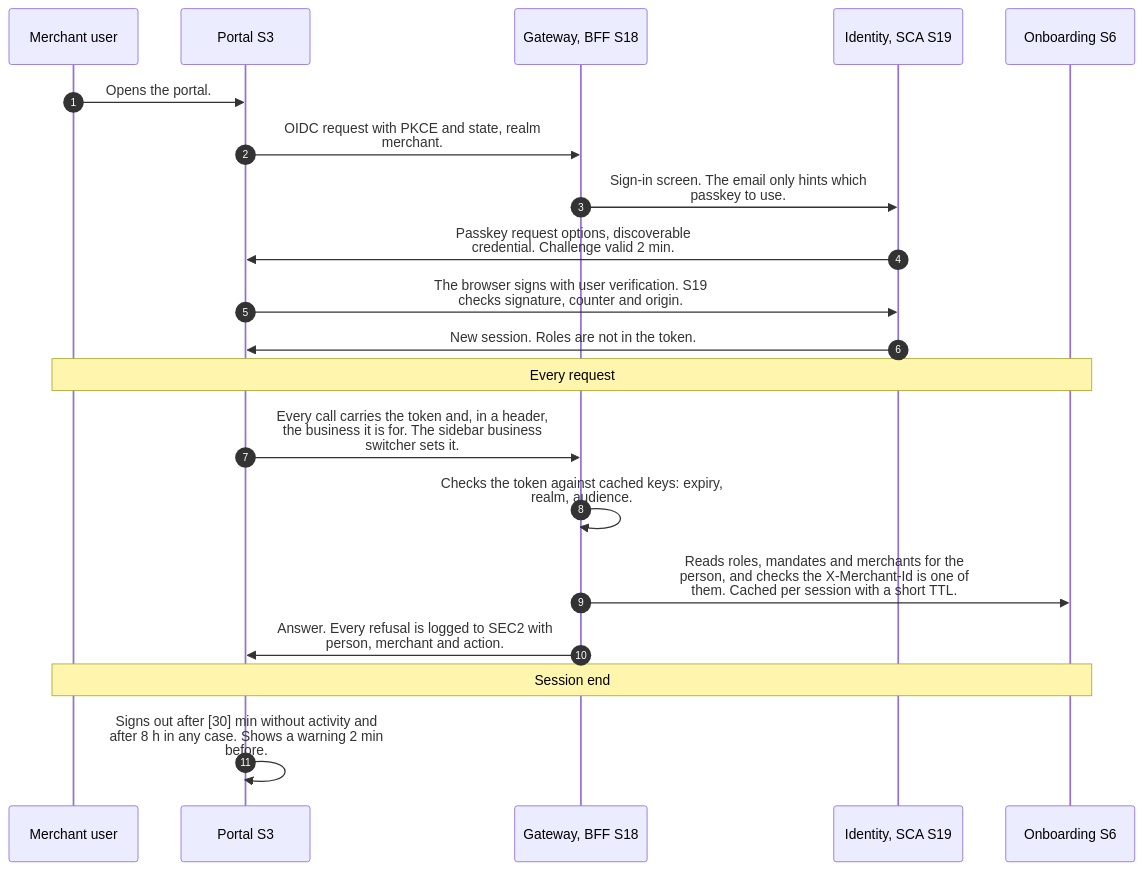
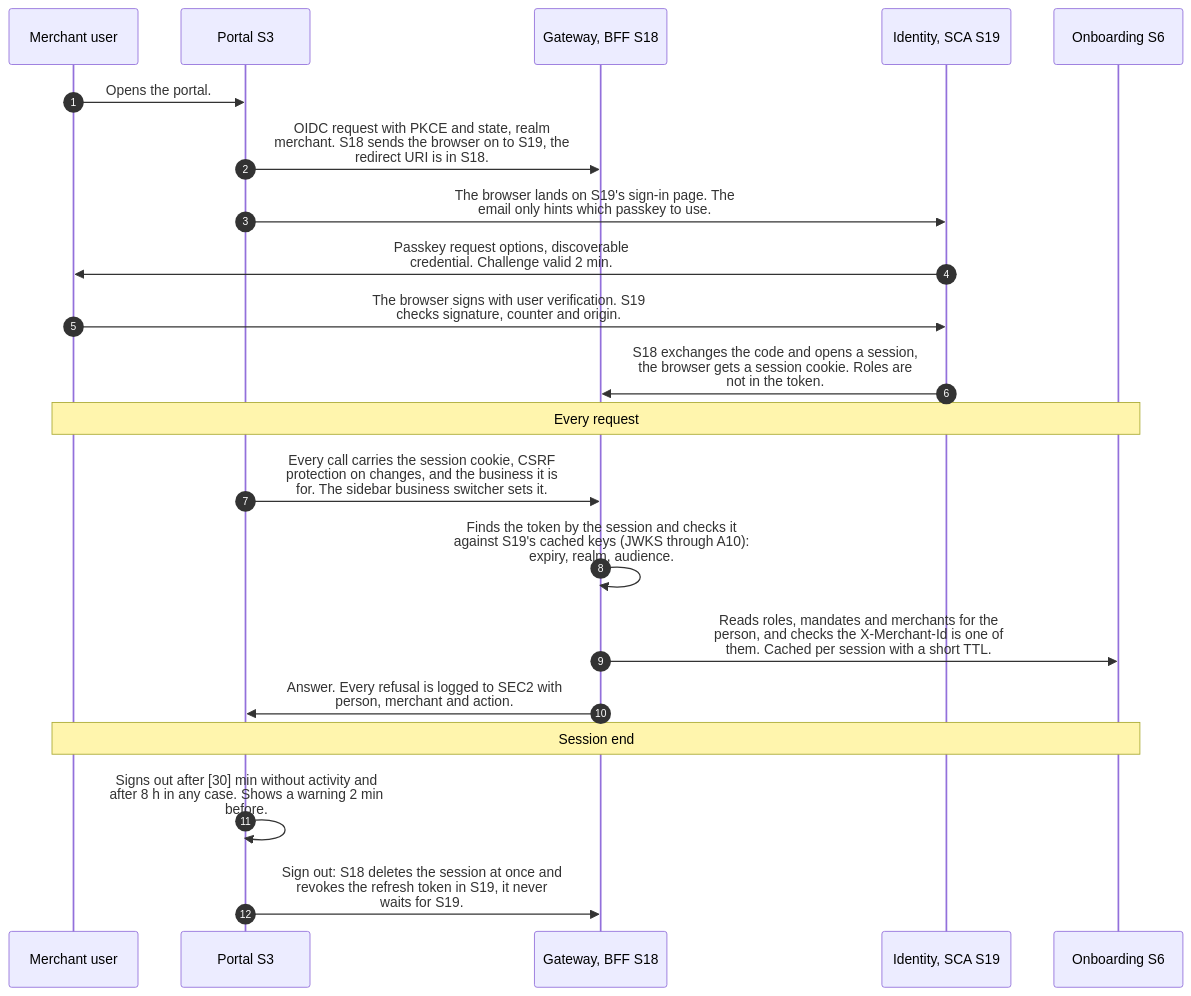
Before and after one commit to paytinno/merchant-portal-workflows: the first of 2 diagrams in docs/workflows/MP-02-sign-in-switch-business-and-check-rights.md, drawn with Mermaid. The commit also changed other lines of this file and 47 other files, not shown here.

First line of the commit message:
Rewrite against CTO architecture v8.7 (spec v0.2)

````diff
--- a/docs/workflows/MP-02-sign-in-switch-business-and-check-rights.md
+++ b/docs/workflows/MP-02-sign-in-switch-business-and-check-rights.md
@@ -22,22 +22,23 @@
 ```mermaid
 sequenceDiagram
   autonumber
   participant MER as Merchant user
   participant S3 as Portal S3
   participant S18 as Gateway, BFF S18
   participant S19 as Identity, SCA S19
   participant S6 as Onboarding S6
   MER->>S3: Opens the portal.
-  S3->>S18: OIDC request with PKCE and state, realm<br/>merchant.
-  S18->>S19: Sign-in screen. The email only hints which<br/>passkey to use.
-  S19->>S3: Passkey request options, discoverable<br/>credential. Challenge valid 2 min.
-  S3->>S19: The browser signs with user verification. S19<br/>checks signature, counter and origin.
-  S19->>S3: New session. Roles are not in the token.
+  S3->>S18: OIDC request with PKCE and state, realm<br/>merchant. S18 sends the browser on to S19, the<br/>redirect URI is in S18.
+  S3->>S19: The browser lands on S19's sign-in page. The<br/>email only hints which passkey to use.
+  S19->>MER: Passkey request options, discoverable<br/>credential. Challenge valid 2 min.
+  MER->>S19: The browser signs with user verification. S19<br/>checks signature, counter and origin.
+  S19->>S18: S18 exchanges the code and opens a session,<br/>the browser gets a session cookie. Roles are<br/>not in the token.
   Note over MER,S6: Every request
-  S3->>S18: Every call carries the token and, in a header,<br/>the business it is for. The sidebar business<br/>switcher sets it.
-  S18->>S18: Checks the token against cached keys: expiry,<br/>realm, audience.
+  S3->>S18: Every call carries the session cookie, CSRF<br/>protection on changes, and the business it is<br/>for. The sidebar business switcher sets it.
+  S18->>S18: Finds the token by the session and checks it<br/>against S19's cached keys (JWKS through A10):<br/>expiry, realm, audience.
   S18->>S6: Reads roles, mandates and merchants for the<br/>person, and checks the X-Merchant-Id is one of<br/>them. Cached per session with a short TTL.
   S18->>S3: Answer. Every refusal is logged to SEC2 with<br/>person, merchant and action.
   Note over MER,S6: Session end
   S3->>S3: Signs out after [30] min without activity and<br/>after 8 h in any case. Shows a warning 2 min<br/>before.
+  S3->>S18: Sign out: S18 deletes the session at once and<br/>revokes the refresh token in S19, it never<br/>waits for S19.
 ```
````
